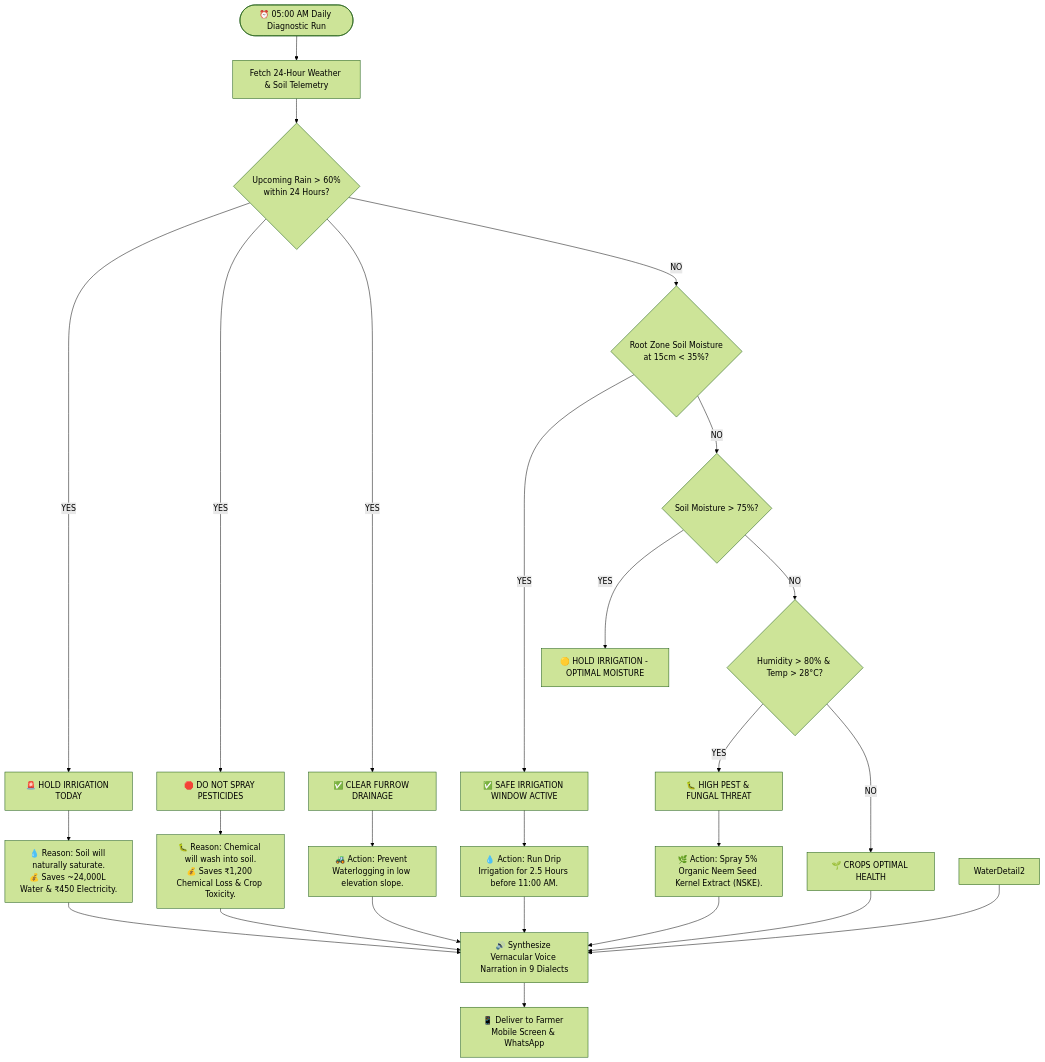
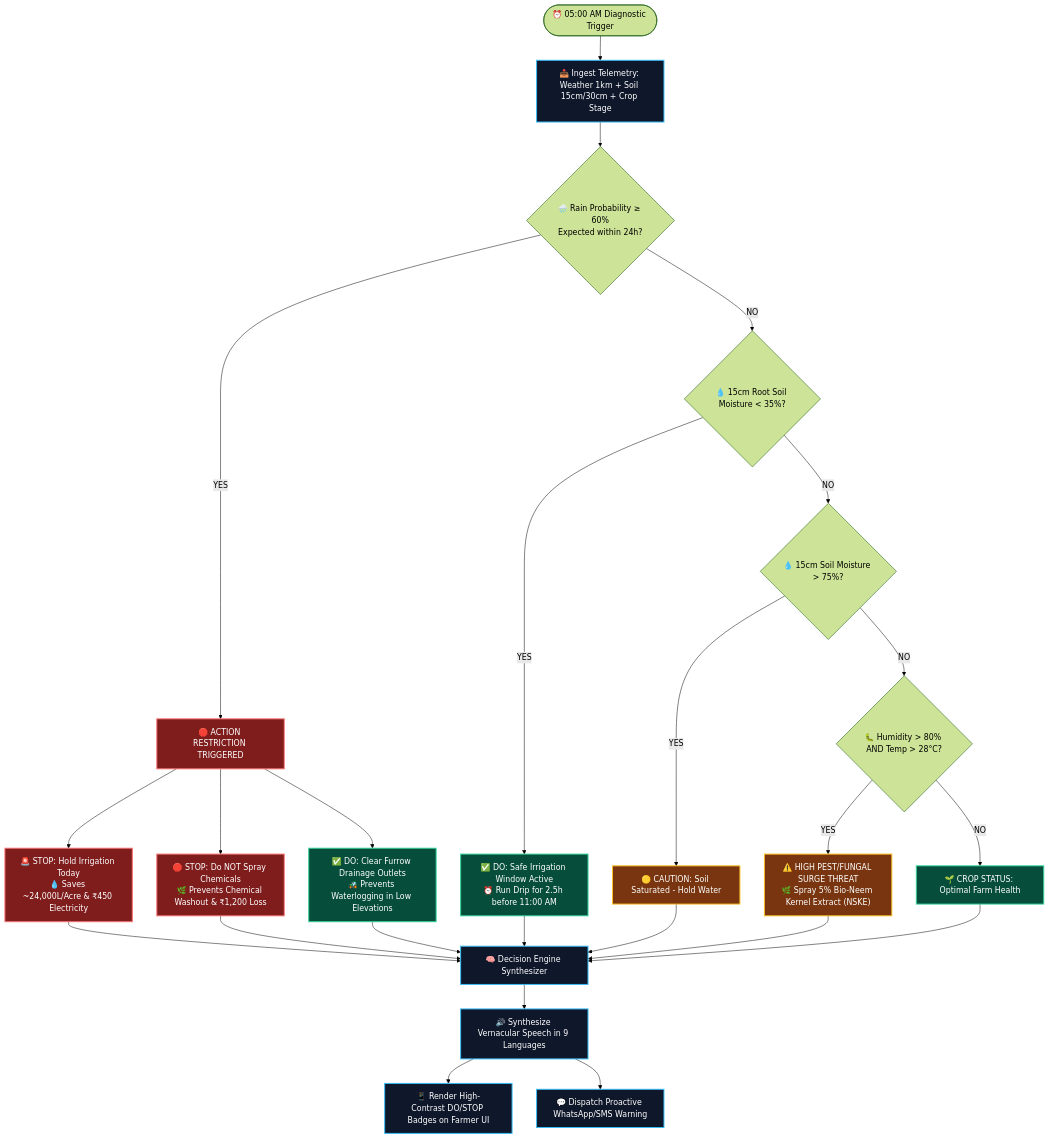
One commit to lucyyy01/krishi changed the third of 6 diagrams in README.md. Above: the diagram before and after it, drawn with Mermaid (forest theme). The commit also changed other lines of this file, not shown here.

Commit message:
docs: add enterprise-grade C4 diagrams, ERD, and mathematical models to README.md

````diff
--- a/README.md
+++ b/README.md
@@ -86,26 +118,39 @@
 ```mermaid
 flowchart TD
-    Start([⏰ 05:00 AM Daily Diagnostic Run]) --> Step1[Fetch 24-Hour Weather & Soil Telemetry]
-    Step1 --> CheckRain{Upcoming Rain > 60%<br/>within 24 Hours?}
+    Init([⏰ 05:00 AM Diagnostic Trigger]) --> FetchData[📥 Ingest Telemetry: Weather 1km + Soil 15cm/30cm + Crop Stage]
     
-    CheckRain -- YES --> RainBranch1[🚨 HOLD IRRIGATION TODAY]
-    RainBranch1 --> RainDetail1["💧 Reason: Soil will naturally saturate.<br/>💰 Saves ~24,000L Water & ₹450 Electricity."]
-    CheckRain -- YES --> RainBranch2[🛑 DO NOT SPRAY PESTICIDES]
-    RainBranch2 --> RainDetail2["🐛 Reason: Chemical will wash into soil.<br/>💰 Saves ₹1,200 Chemical Loss & Crop Toxicity."]
-    CheckRain -- YES --> RainBranch3[✅ CLEAR FURROW DRAINAGE]
-    RainBranch3 --> RainDetail3["🚜 Action: Prevent Waterlogging in low elevation slope."]
+    FetchData --> RainCheck{🌧️ Rain Probability ≥ 60%<br/>Expected within 24h?}
     
-    CheckRain -- NO --> CheckMoisture{Root Zone Soil Moisture<br/>at 15cm < 35%?}
-    CheckMoisture -- YES --> WaterBranch1[✅ SAFE IRRIGATION WINDOW ACTIVE]
-    WaterBranch1 --> WaterDetail1["💧 Action: Run Drip Irrigation for 2.5 Hours before 11:00 AM."]
-    CheckMoisture -- NO --> CheckMoistureHigh{Soil Moisture > 75%?}
-    CheckMoistureHigh -- YES --> WaterBranch2[🟡 HOLD IRRIGATION - OPTIMAL MOISTURE]
-    CheckMoistureHigh -- NO --> CheckPest{Humidity > 80% & Temp > 28°C?}
-    
-    CheckPest -- YES --> PestBranch[🐛 HIGH PEST & FUNGAL THREAT]
-    PestBranch --> PestDetail["🌿 Action: Spray 5% Organic Neem Seed Kernel Extract (NSKE)."]
-    CheckPest -- NO --> NormalBranch[🌱 CROPS OPTIMAL HEALTH]
+    %% RAIN PATH
+    RainCheck -- YES --> RainBlock[🛑 ACTION RESTRICTION TRIGGERED]
+    RainBlock --> ActionHoldIrrigation["🚨 STOP: Hold Irrigation Today<br/>💧 Saves ~24,000L/Acre & ₹450 Electricity"]
+    RainBlock --> ActionHoldSpray["🛑 STOP: Do NOT Spray Chemicals<br/>🌿 Prevents Chemical Washout & ₹1,200 Loss"]
+    RainBlock --> ActionDrainage["✅ DO: Clear Furrow Drainage Outlets<br/>🚜 Prevents Waterlogging in Low Elevations"]
 
-    RainDetail1 & RainDetail2 & RainDetail3 & WaterDetail1 & WaterDetail2 & PestDetail & NormalBranch --> SpeechGen[🔊 Synthesize Vernacular Voice Narration in 9 Dialects]
-    SpeechGen --> Deliver[📱 Deliver to Farmer Mobile Screen & WhatsApp]
+    %% DRY PATH
+    RainCheck -- NO --> MoistureCheck{💧 15cm Root Soil Moisture < 35%?}
+    MoistureCheck -- YES --> ActionIrrigate["✅ DO: Safe Irrigation Window Active<br/>⏰ Run Drip for 2.5h before 11:00 AM"]
+    MoistureCheck -- NO --> MoistureHighCheck{💧 15cm Soil Moisture > 75%?}
+    MoistureHighCheck -- YES --> ActionMoistureOpt["🟡 CAUTION: Soil Saturated - Hold Water"]
+    MoistureHighCheck -- NO --> PestCheck{🐛 Humidity > 80% AND Temp > 28°C?}
+
+    %% PEST PATH
+    PestCheck -- YES --> ActionPest["⚠️ HIGH PEST/FUNGAL SURGE THREAT<br/>🌿 Spray 5% Bio-Neem Kernel Extract (NSKE)"]
+    PestCheck -- NO --> ActionOptimal["🌱 CROP STATUS: Optimal Farm Health"]
+
+    %% SYNTHESIS
+    ActionHoldIrrigation & ActionHoldSpray & ActionDrainage & ActionIrrigate & ActionMoistureOpt & ActionPest & ActionOptimal --> Synthesize[🧠 Decision Engine Synthesizer]
+    Synthesize --> SpeechGen[🔊 Synthesize Vernacular Speech in 9 Languages]
+    SpeechGen --> RenderUI[📱 Render High-Contrast DO/STOP Badges on Farmer UI]
+    SpeechGen --> DispatchWhatsApp[💬 Dispatch Proactive WhatsApp/SMS Warning]
+
+    classDef critical fill:#7f1d1d,stroke:#f87171,stroke-width:2px,color:#fff;
+    classDef positive fill:#064e3b,stroke:#34d399,stroke-width:2px,color:#fff;
+    classDef caution fill:#78350f,stroke:#fbbf24,stroke-width:2px,color:#fff;
+    classDef process fill:#0f172a,stroke:#38bdf8,stroke-width:2px,color:#fff;
+
+    class RainBlock,ActionHoldIrrigation,ActionHoldSpray critical;
+    class ActionDrainage,ActionIrrigate,ActionOptimal positive;
+    class ActionMoistureOpt,ActionPest caution;
+    class FetchData,Synthesize,SpeechGen,RenderUI,DispatchWhatsApp process;
 ```
````
